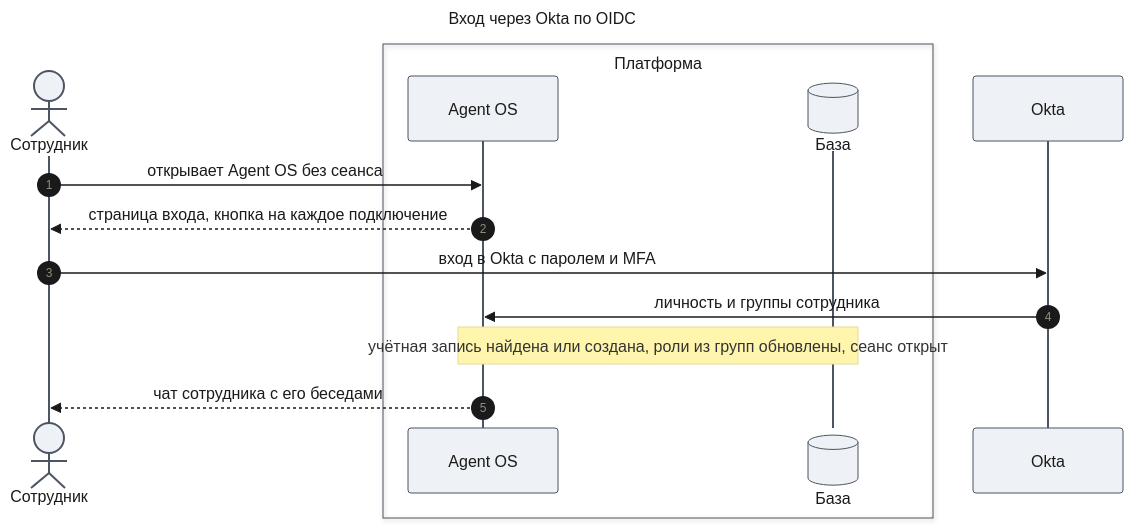
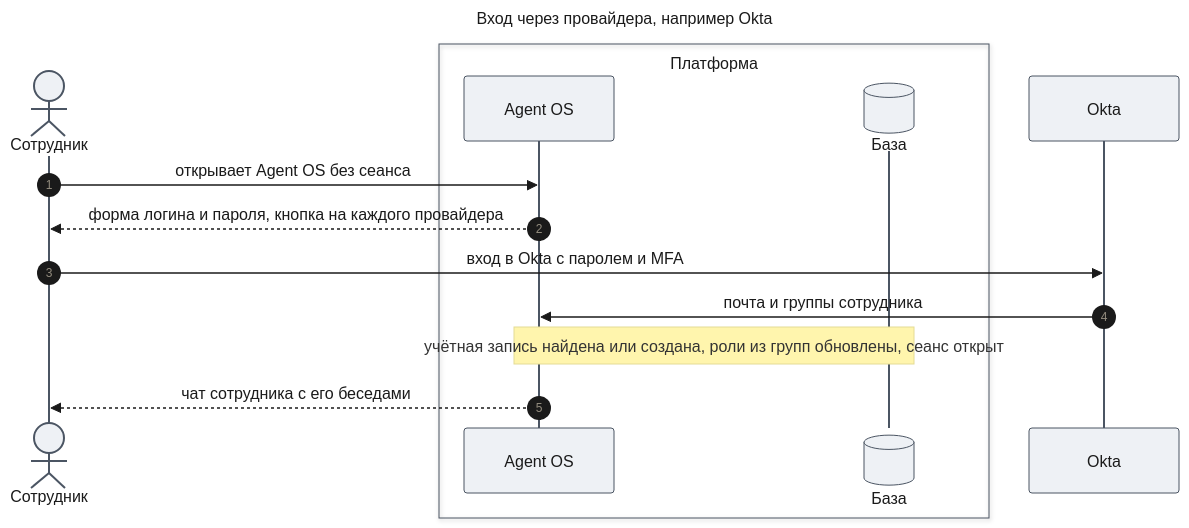
Before and after one commit to tundraray/agent-os: the fifth of 7 diagrams in docs/features/enterprise-access/prd.md, drawn with Mermaid. The commit also changed other lines of this file, not shown here.

````diff
--- a/docs/features/enterprise-access/prd.md
+++ b/docs/features/enterprise-access/prd.md
@@ -287,35 +290,35 @@
 ```mermaid
 ---
-title: "Вход через Okta по OIDC"
+title: "Вход через провайдера, например Okta"
 config:
   theme: base
   look: classic
   themeVariables:
     primaryColor: "#eef1f5"
     primaryBorderColor: "#4b5563"
     primaryTextColor: "#1a1a1a"
     lineColor: "#6b7280"
   themeCSS: |
     @keyframes lit_si{0%,18%{stroke:#991b1b;stroke-width:6px}20%,100%{stroke:#37474f;stroke-width:2px}}
     @keyframes litr_si{0%,18%{stroke:#1d4ed8;stroke-width:6px}20%,100%{stroke:#37474f;stroke-width:2px}}
     .messageLine0[data-id='i1'],.messageLine1[data-id='i1']{animation:lit_si 6s linear 0s infinite}
     .messageLine0[data-id='i2'],.messageLine1[data-id='i2']{animation:litr_si 6s linear 1.2s infinite}
     .messageLine0[data-id='i3'],.messageLine1[data-id='i3']{animation:lit_si 6s linear 2.4s infinite}
     .messageLine0[data-id='i4'],.messageLine1[data-id='i4']{animation:lit_si 6s linear 3.6s infinite}
     .messageLine0[data-id='i6'],.messageLine1[data-id='i6']{animation:litr_si 6s linear 4.8s infinite}
 ---
 sequenceDiagram
     autonumber
     actor U as Сотрудник
     box Платформа
     participant S as Agent OS
     participant DB@{ "type": "database" } as База
     end
     participant O as Okta
     U->>S: открывает Agent OS без сеанса
-    S-->>U: страница входа, кнопка на каждое подключение
+    S-->>U: форма логина и пароля, кнопка на каждого провайдера
     U->>O: вход в Okta с паролем и MFA
-    O->>S: личность и группы сотрудника
+    O->>S: почта и группы сотрудника
     Note over S,DB: учётная запись найдена или создана, роли из групп обновлены, сеанс открыт
     S-->>U: чат сотрудника с его беседами
 ```
````
